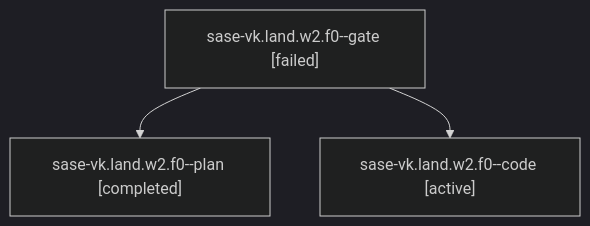
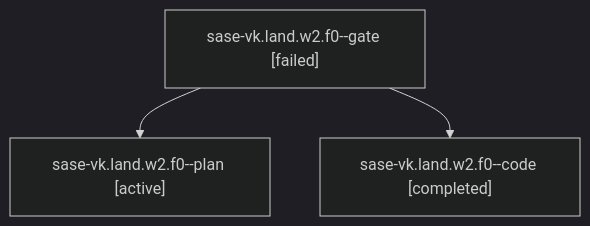
The diagram in families/bbugyi200.athena.sase-vk.land.w2.f0.md (sase-org/sase--agents), drawn with Mermaid (dark theme) before and after one commit. The commit also changed other lines of this file and 35830 other files, not shown here.

````diff
--- a/families/bbugyi200.athena.sase-vk.land.w2.f0.md
+++ b/families/bbugyi200.athena.sase-vk.land.w2.f0.md
@@ -9,8 +9,8 @@
 ```mermaid
 flowchart TD
   n0["sase-vk.land.w2.f0--gate [failed]"]
-  n1["sase-vk.land.w2.f0--plan [completed]"]
+  n1["sase-vk.land.w2.f0--plan [active]"]
   n0 --> n1
-  n2["sase-vk.land.w2.f0--code [active]"]
+  n2["sase-vk.land.w2.f0--code [completed]"]
   n0 --> n2
 ```
````
